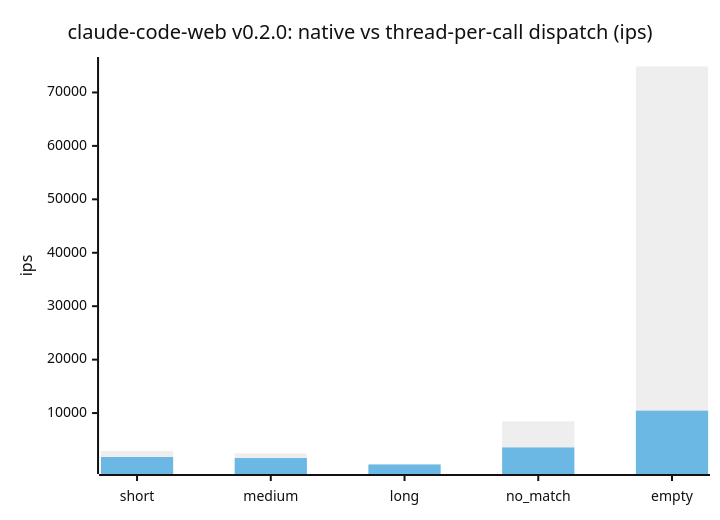
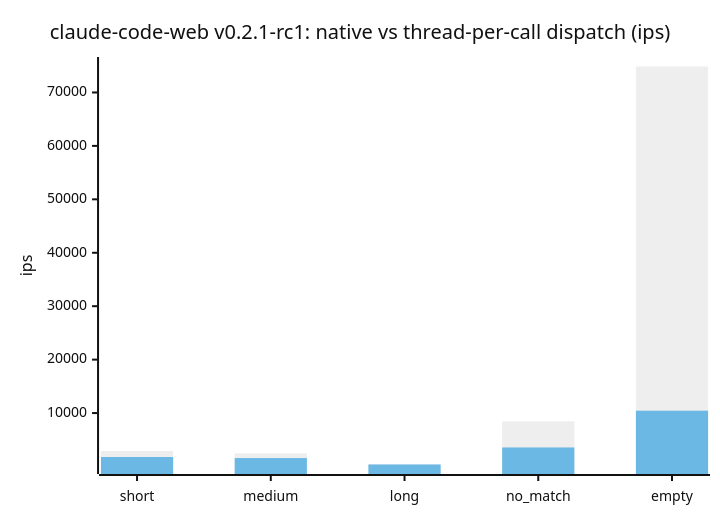
The second of 5 diagrams in docs/benchmarks/README.md (cpb/duckling), drawn with Mermaid (neutral theme) before and after one commit. The commit also changed other lines of this file and 8 other files, not shown here.

````diff
--- a/docs/benchmarks/README.md
+++ b/docs/benchmarks/README.md
@@ -87,8 +87,8 @@
 ```mermaid
 xychart-beta
-    title "claude-code-web v0.2.0: native vs thread-per-call dispatch (ips)"
+    title "claude-code-web v0.2.1-rc1: native vs thread-per-call dispatch (ips)"
     x-axis [short, medium, long, no_match, empty]
     y-axis "ips"
     bar "native" [2898.0, 2454.8, 417.3, 8452.9, 74858.9]
     bar "thread-per-call" [1773.1, 1577.3, 373.4, 3561.1, 10446.8]
 ```
````
